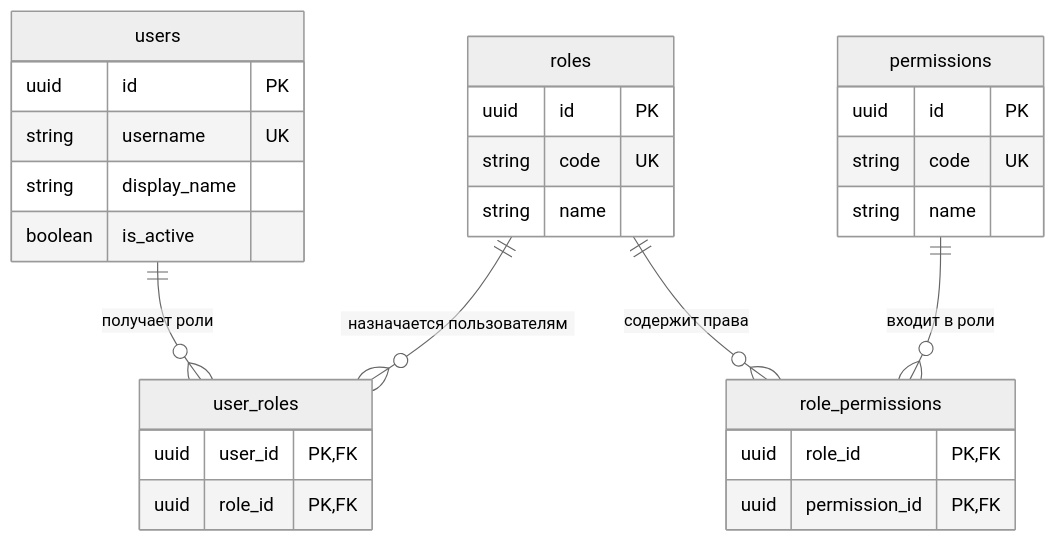
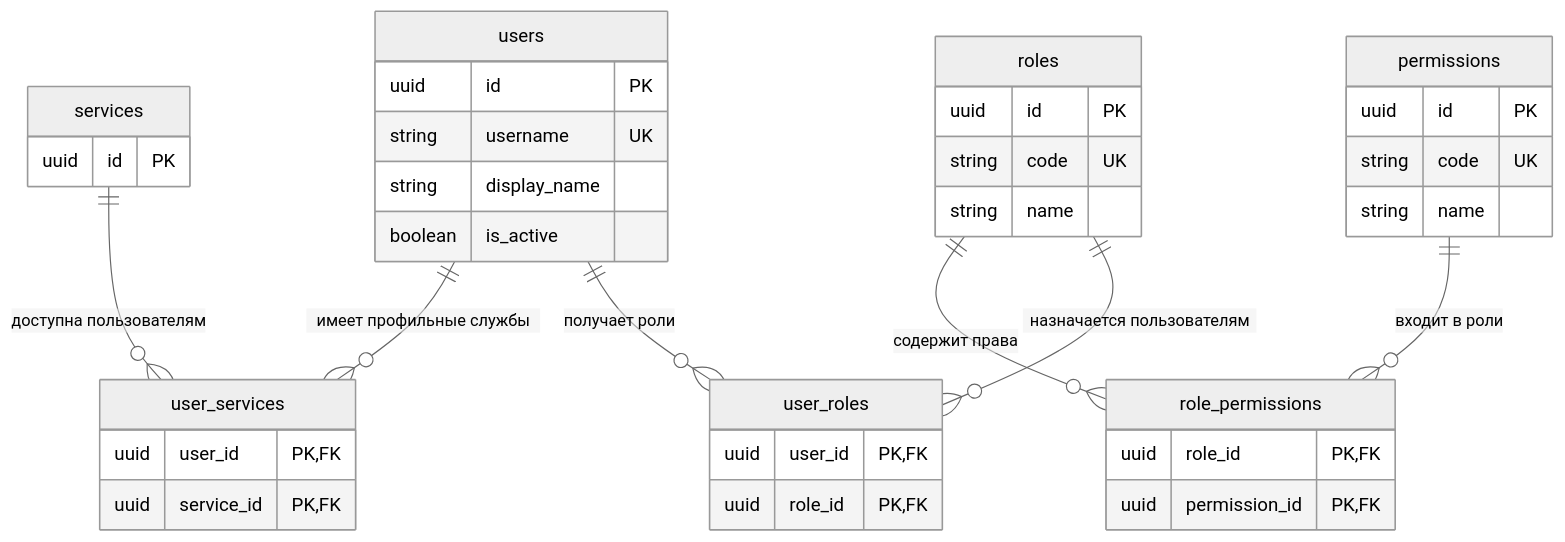
One commit to Obsidian-pb/gt_lct_hackaton changed the first of 3 diagrams in database/DATABASE_OVERVIEW.md. Above: the diagram before and after it, drawn with Mermaid (neutral theme). The commit also changed other lines of this file and 8 other files, not shown here.

````diff
--- a/database/DATABASE_OVERVIEW.md
+++ b/database/DATABASE_OVERVIEW.md
@@ -82,32 +92,41 @@
 ```mermaid
 erDiagram
     users ||--o{ user_roles : "получает роли"
     roles ||--o{ user_roles : "назначается пользователям"
     roles ||--o{ role_permissions : "содержит права"
     permissions ||--o{ role_permissions : "входит в роли"
+    users ||--o{ user_services : "имеет профильные службы"
+    services ||--o{ user_services : "доступна пользователям"
 
     users {
         uuid id PK
         string username UK
         string display_name
         boolean is_active
     }
     roles {
         uuid id PK
         string code UK
         string name
     }
     permissions {
         uuid id PK
         string code UK
         string name
     }
     user_roles {
         uuid user_id PK, FK
         uuid role_id PK, FK
     }
     role_permissions {
         uuid role_id PK, FK
         uuid permission_id PK, FK
     }
+    user_services {
+        uuid user_id PK, FK
+        uuid service_id PK, FK
+    }
+    services {
+        uuid id PK
+    }
 ```
````
